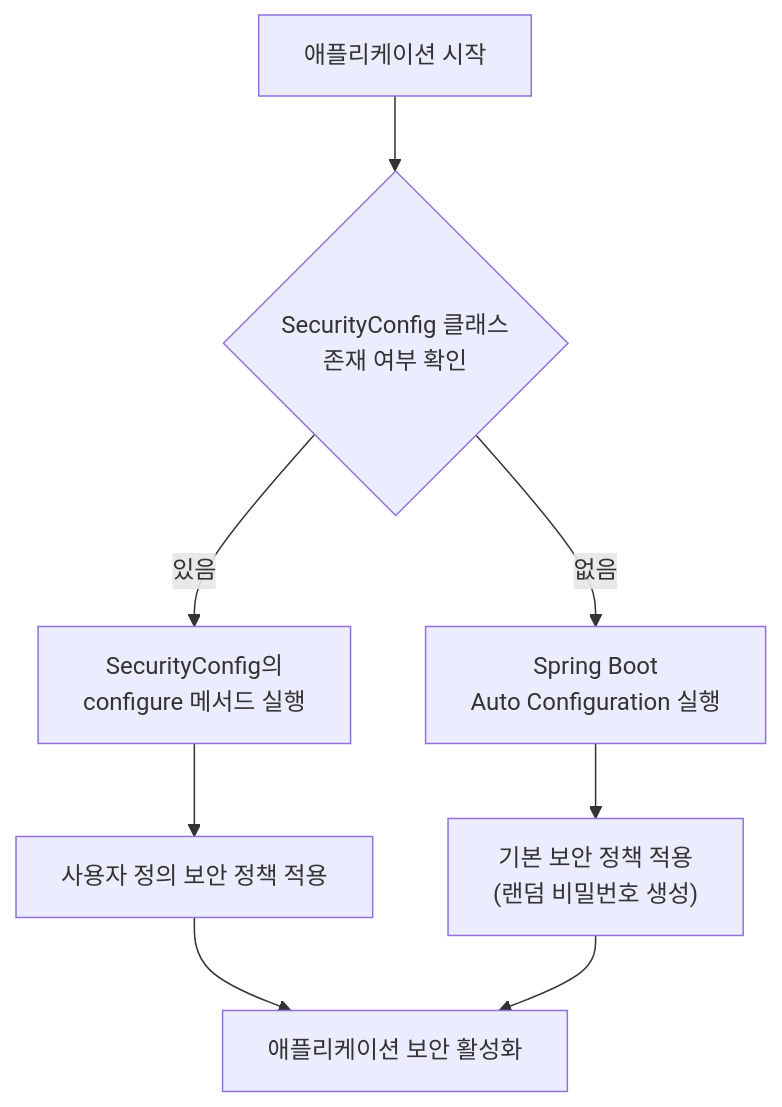
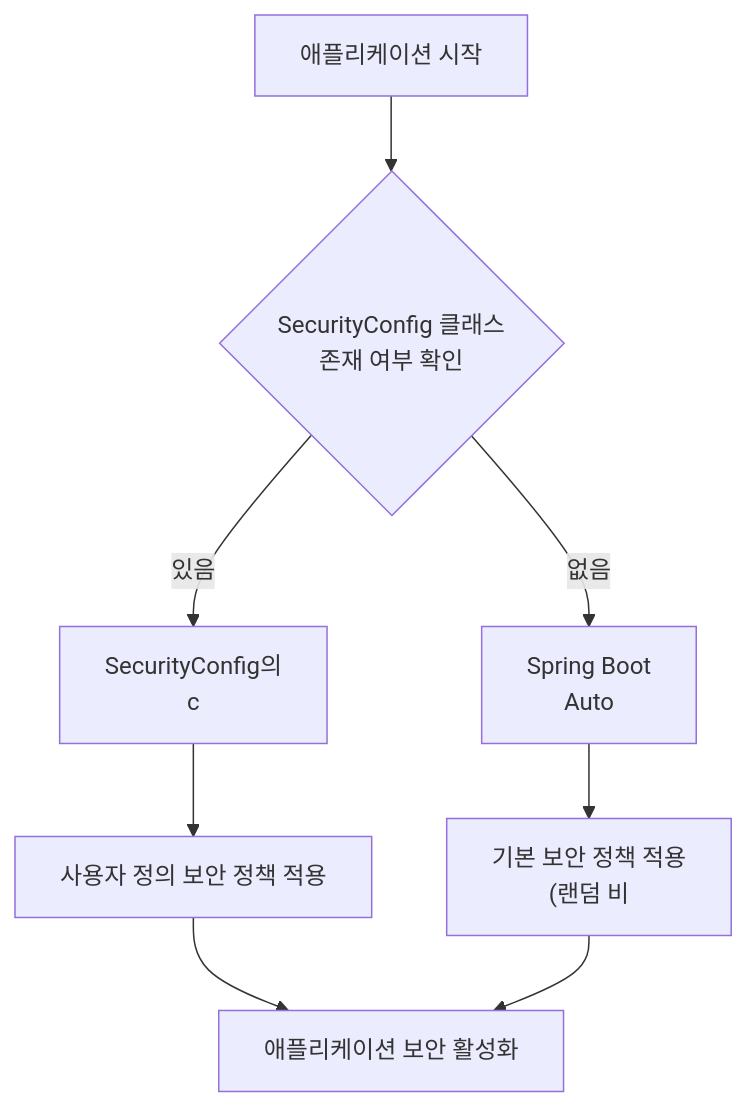
The diagram in _posts/security/2021-01-11-사용자 정의 보완 기능 구현.md (yjkim2015/yjkim2015.github.io), drawn with Mermaid before and after one commit. The commit also changed 271 other files, not shown here.

First line of the commit message:
Mermaid 라벨 축소: 긴 노드 텍스트 18자 이하로 트림 + \n 제거

````diff
--- a/_posts/security/2021-01-11-사용자 정의 보완 기능 구현.md
+++ b/_posts/security/2021-01-11-사용자 정의 보완 기능 구현.md
@@ -81,10 +81,10 @@
 ```mermaid
 flowchart TD
     A["애플리케이션 시작"] --> B{"SecurityConfig 클래스\n존재 여부 확인"}
-    B -- "있음" --> C["SecurityConfig의\nconfigure 메서드 실행"]
-    B -- "없음" --> D["Spring Boot\nAuto Configuration 실행"]
+    B -- "있음" --> C["SecurityConfig의\nc"]
+    B -- "없음" --> D["Spring Boot\nAuto"]
     C --> E["사용자 정의 보안 정책 적용"]
-    D --> F["기본 보안 정책 적용\n(랜덤 비밀번호 생성)"]
+    D --> F["기본 보안 정책 적용\n(랜덤 비"]
     E --> G["애플리케이션 보안 활성화"]
     F --> G
 ```
````
